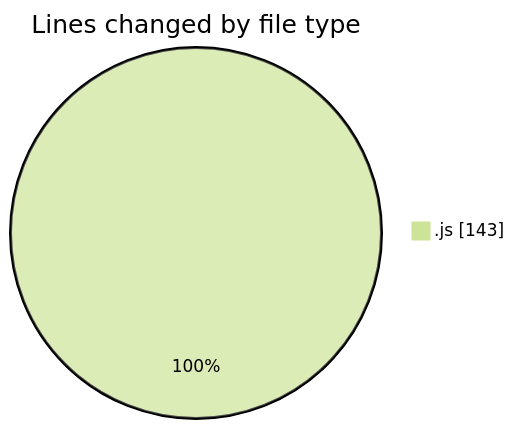
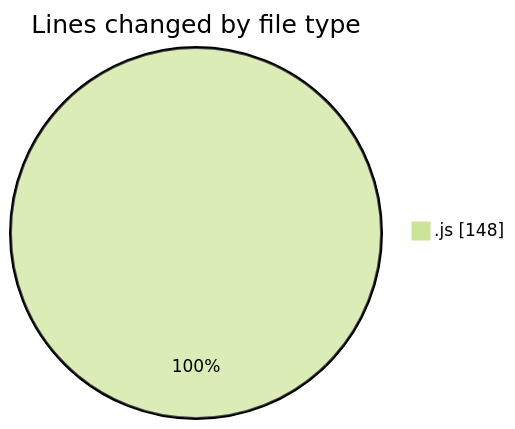
The first of 2 diagrams in 2025-02-04/cda/README.md (momahboobian/code-tracking), drawn with Mermaid (forest theme) before and after one commit. The commit also changed other lines of this file and 1 other file, not shown here.

````diff
--- a/2025-02-04/cda/README.md
+++ b/2025-02-04/cda/README.md
@@ -20,5 +20,5 @@
 ```mermaid
 pie showData
 title Lines changed by file type
-".js" : 143
+".js" : 148
 ```
````
